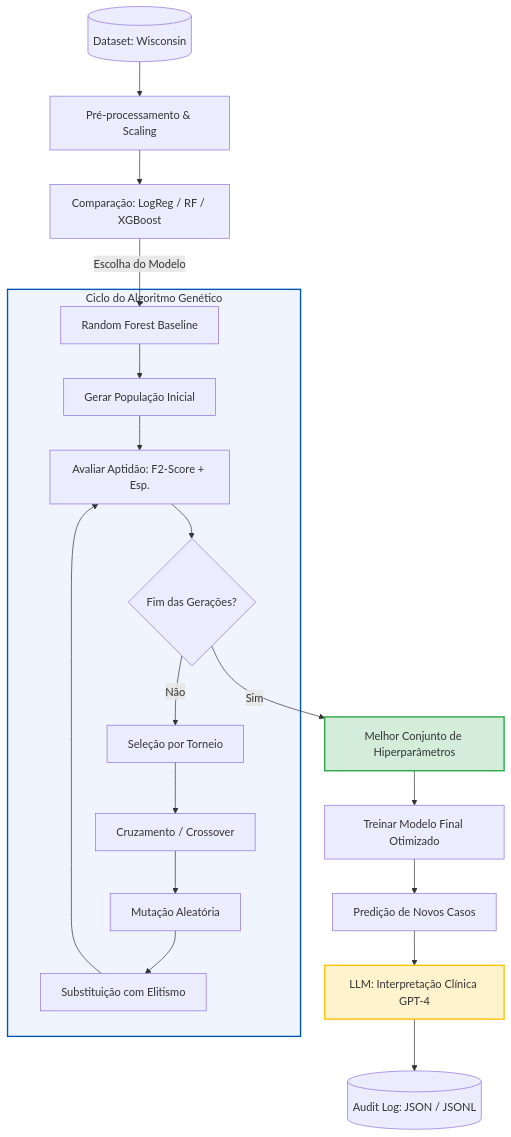
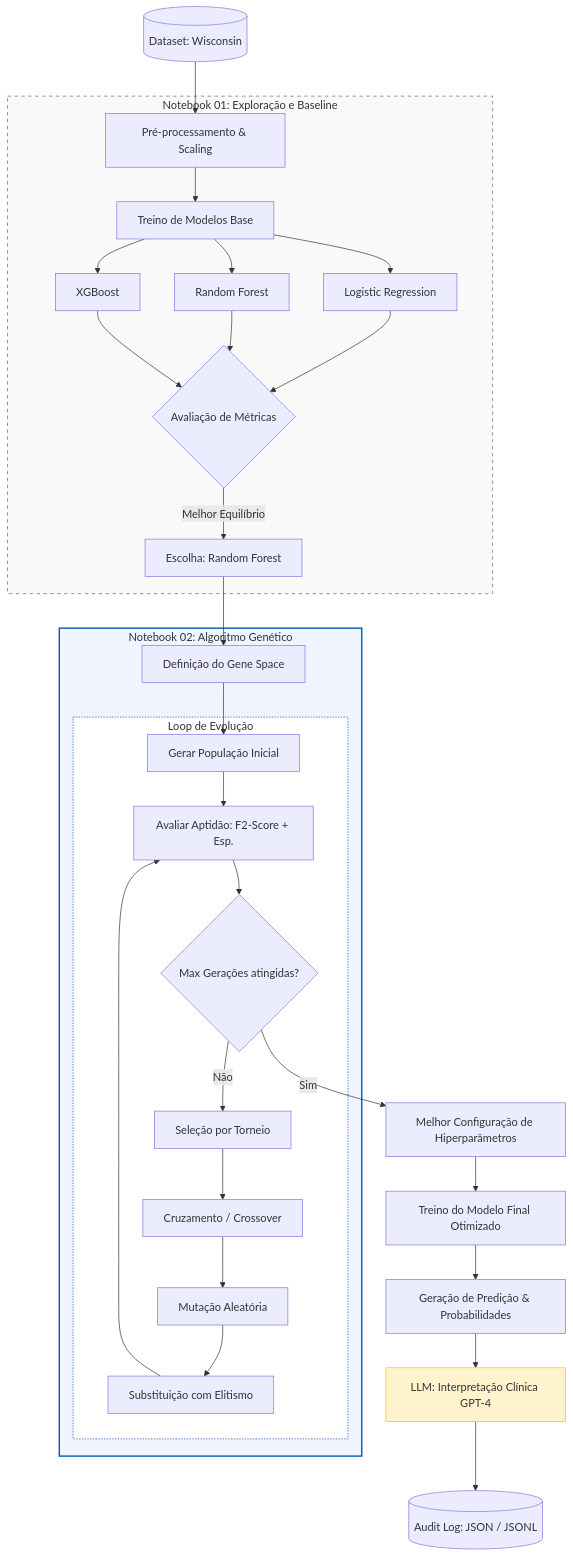
The diagram in readme.md (seiji8503/fiap-ia-tech-challenge-2-women-health), drawn with Mermaid before and after one commit.

Commit message:
Architecture

````diff
--- a/readme.md
+++ b/readme.md
@@ -102,28 +102,45 @@
 ```mermaid
 flowchart TD
+    %% Base de Dados
     A[(Dataset: Wisconsin)] --> B[Pré-processamento & Scaling]
-    B --> C[Comparação: LogReg / RF / XGBoost]
-    C -->|Escolha do Modelo| D[Random Forest Baseline]
-    
-    subgraph GA [Ciclo do Algoritmo Genético]
-        D --> G1[Gerar População Inicial]
-        G1 --> G2[Avaliar Aptidão: F2-Score + Esp.]
-        G2 --> G3{Fim das Gerações?}
-        
-        G3 -- Não --> G4[Seleção por Torneio]
-        G4 --> G5[Cruzamento / Crossover]
-        G5 --> G6[Mutação Aleatória]
-        G6 --> G7[Substituição com Elitismo]
-        G7 --> G2
+
+    %% Notebook 01: Comparação
+    subgraph N1 [Notebook 01: Exploração e Baseline]
+        B --> C[Treino de Modelos Base]
+        C --> C1[Logistic Regression]
+        C --> C2[Random Forest]
+        C --> C3[XGBoost]
+        C1 & C2 & C3 --> C4{Avaliação de Métricas}
+        C4 -->|Melhor Equilíbrio| D[Escolha: Random Forest]
     end
 
-    G3 -- Sim --> E[Melhor Conjunto de Hiperparâmetros]
-    E --> F[Treinar Modelo Final Otimizado]
-    F --> G[Predição de Novos Casos]
+    %% Notebook 02: Otimização
+    subgraph N2 [Notebook 02: Algoritmo Genético]
+        D --> G1[Definição do Gene Space]
+        G1 --> G2[Gerar População Inicial]
+        
+        subgraph GA [Loop de Evolução]
+            G2 --> L1[Avaliar Aptidão: F2-Score + Esp.]
+            L1 --> L2{Max Gerações atingidas?}
+            
+            L2 -- Não --> L3[Seleção por Torneio]
+            L3 --> L4[Cruzamento / Crossover]
+            L4 --> L5[Mutação Aleatória]
+            L5 --> L6[Substituição com Elitismo]
+            L6 --> L1
+        end
+    end
+
+    %% Saída e LLM
+    L2 -- Sim --> E[Melhor Configuração de Hiperparâmetros]
+    E --> F[Treino do Modelo Final Otimizado]
+    F --> G[Geração de Predição & Probabilidades]
     G --> H[LLM: Interpretação Clínica GPT-4]
     H --> I[(Audit Log: JSON / JSONL)]
 
-    style GA fill:#f0f4ff,stroke:#0056b3,stroke-width:2px
-    style E fill:#d4edda,stroke:#28a745,stroke-width:2px
-    style H fill:#fff3cd,stroke:#ffc107,stroke-width:2px
+    %% Estilização
+    style N1 fill:#f9f9f9,stroke:#666,stroke-dasharray: 5 5
+    style N2 fill:#f0f4ff,stroke:#0056b3,stroke-width:2px
+    style GA fill:#ffffff,stroke:#0056b3,stroke-dasharray: 2 2
+    style H fill:#fff3cd,stroke:#ffc107
 ```
````
